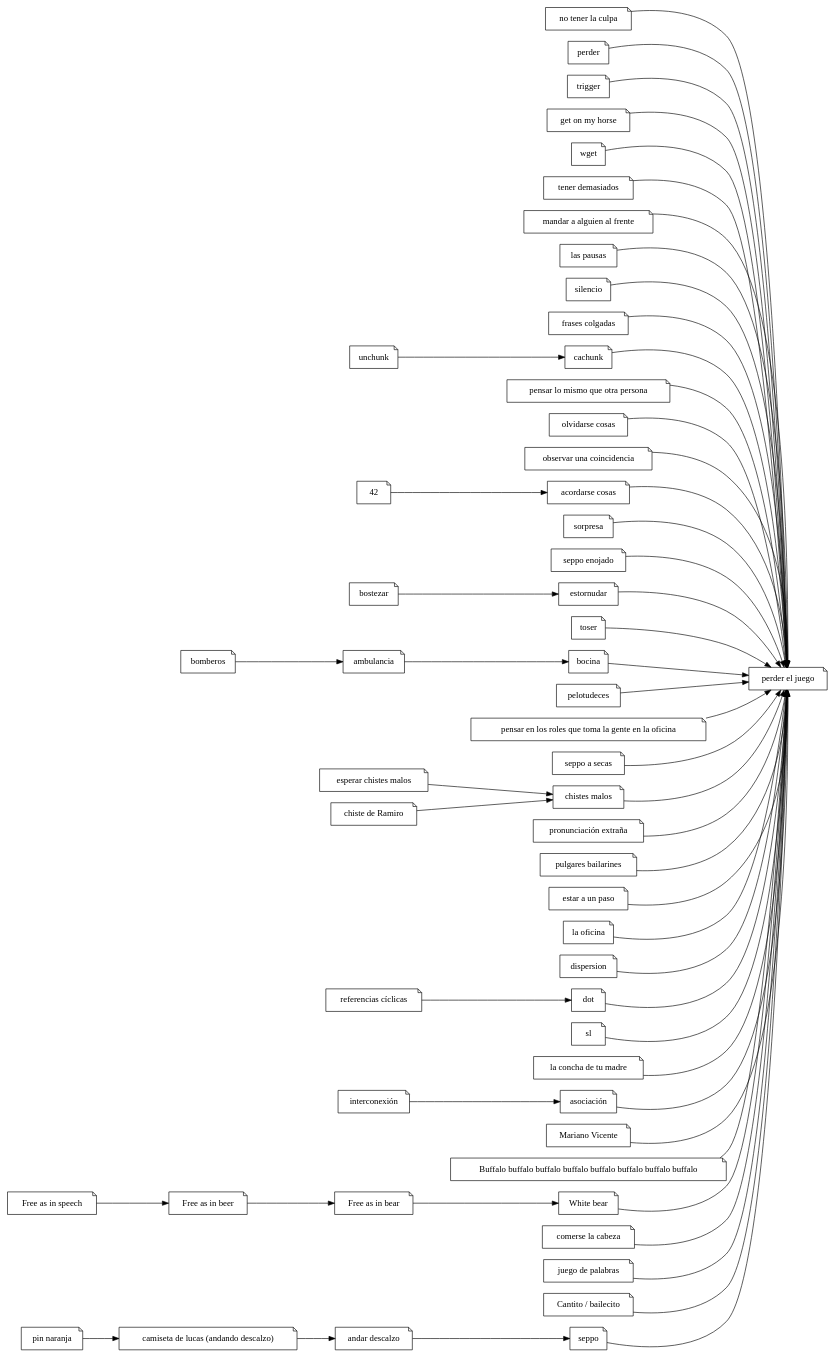
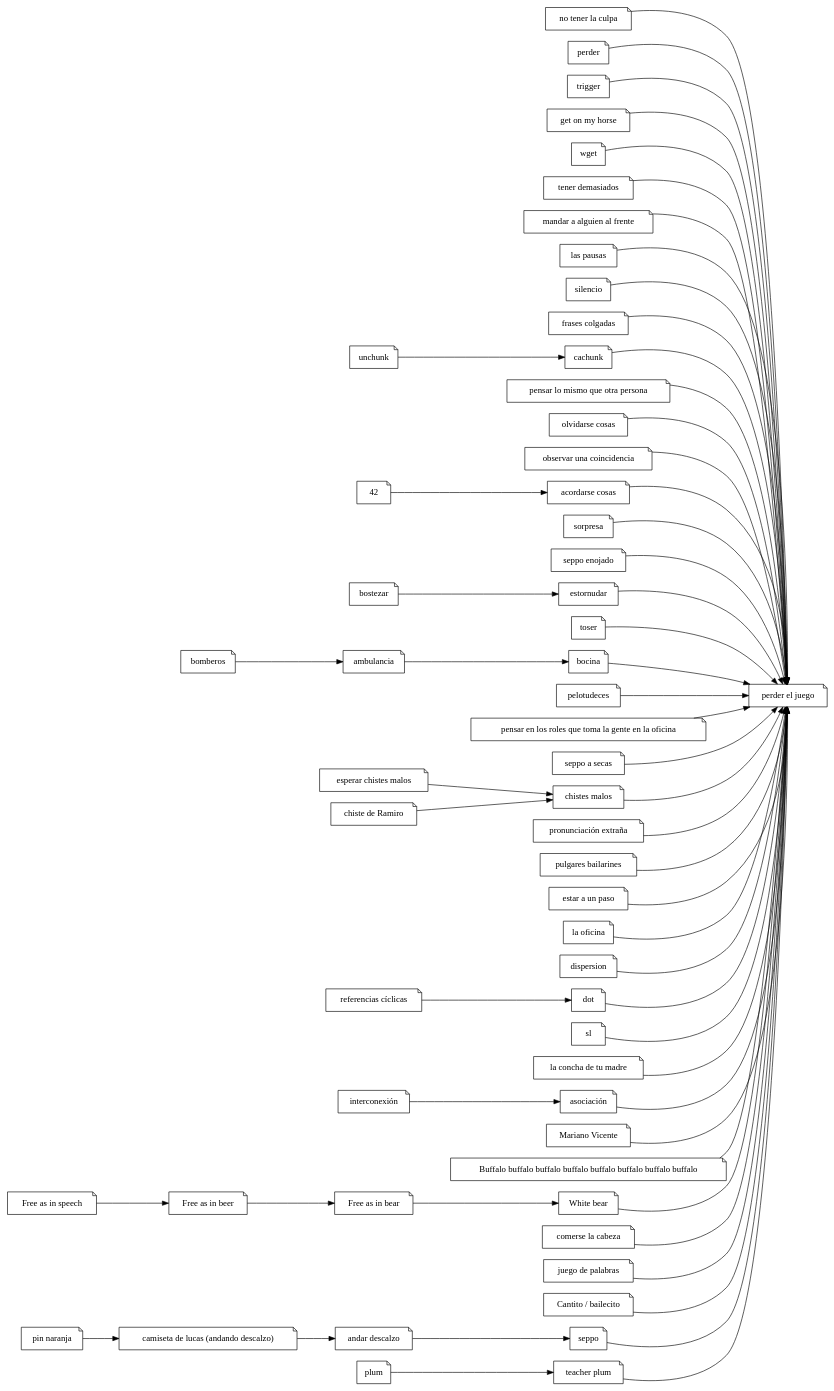
One commit to ramiror/ilostthegame changed the diagram in ilostthegame.dot. Above: the diagram before and after it, drawn with Graphviz. The commit also changed 3 other files, not shown here.

Commit message:
Teacher plum. Svg into Makefile

```diff
--- a/ilostthegame.dot
+++ b/ilostthegame.dot
@@ -1,112 +1,113 @@
 digraph
 {
     rankdir="LR"
     node [shape="note"]
 
     pej [label="perder el juego"]
     "no tener la culpa"
     "perder"
     "trigger"
     "get on my horse"
     "wget"
     "tener demasiados"
     "mandar a alguien al frente"
     "las pausas"
     "silencio"
     "frases colgadas"
     "cachunk"
     "pensar lo mismo que otra persona"
     "olvidarse cosas"
     "observar una coincidencia"
     "acordarse cosas"
     "sorpresa"
     "seppo enojado"
     "estornudar"
     "toser"
     "bocina"
     "pelotudeces"
     roles [label="pensar en los roles que toma la gente en la oficina"]
     "seppo a secas"
     "bostezar"
     "chistes malos"
     pe [label="pronunciación extraña"]
     "pulgares bailarines"
     "estar a un paso"
     "la oficina"
     "dispersion"
     "ambulancia"
     "esperar chistes malos"
     "chiste de Ramiro"
     "unchunk"
     "andar descalzo"
-    "pin naranja" 
+    "pin naranja"
     dot
     sl
     rc [label="referencias cíclicas"]
     camiseta [label="camiseta de lucas (andando descalzo)"]
     lcdtm [label="la concha de tu madre"]
     bomberos
     int [label="interconexión"]
     asoc [label="asociación"]
     mv [label="Mariano Vicente"]
     buffalo [label="Buffalo buffalo buffalo buffalo buffalo buffalo buffalo buffalo"]
     fais [label="Free as in speech"]
     faib [label="Free as in beer"]
     faibe [label="Free as in bear"]
     wb [label="White bear"]
     comecoco [label="comerse la cabeza"]
     palabras [label="juego de palabras"]
     cantito [label="Cantito / bailecito"]
 
     "perder"                           -> pej
     "no tener la culpa"                -> pej
     "trigger"                          -> pej
     "get on my horse"                  -> pej
     "wget"                             -> pej
     "tener demasiados"                 -> pej
     "mandar a alguien al frente"       -> pej
     "las pausas"                       -> pej
     "silencio"                         -> pej
     "frases colgadas"                  -> pej
     "cachunk"                          -> pej
     "pensar lo mismo que otra persona" -> pej
     "olvidarse cosas"                  -> pej
     "observar una coincidencia"        -> pej
     "acordarse cosas"                  -> pej
     "sorpresa"                         -> pej
     "seppo enojado"                    -> pej
     "estornudar"                       -> pej
     "toser"                            -> pej
     "bocina"                           -> pej
     "pelotudeces"                      -> pej
     roles -> pej
     "seppo a secas"                    -> pej
     "chistes malos"                    -> pej
     pe                                 -> pej
     "pulgares bailarines"              -> pej
     "estar a un paso"                  -> pej
     "la oficina"                       -> pej
     "dispersion"                       -> pej
     "seppo"                            -> pej
     lcdtm                              -> pej
     asoc                               -> pej
     mv                                 -> pej
     dot                                -> pej
     sl                                 -> pej
     buffalo                            -> pej
     comecoco                           -> pej
     palabras                           -> pej
 
     bomberos -> "ambulancia" -> "bocina"
     "esperar chistes malos" -> "chistes malos"
     "chiste de Ramiro" -> "chistes malos"
     "unchunk" -> "cachunk"
     "andar descalzo" -> "seppo"
     "pin naranja" -> camiseta -> "andar descalzo"
     int -> asoc
     "bostezar" -> estornudar
     42 -> "acordarse cosas"
     rc -> dot
     fais -> faib -> faibe -> wb        -> pej
     cantito                            -> pej
+    plum -> "teacher plum"             -> pej
 }
```
